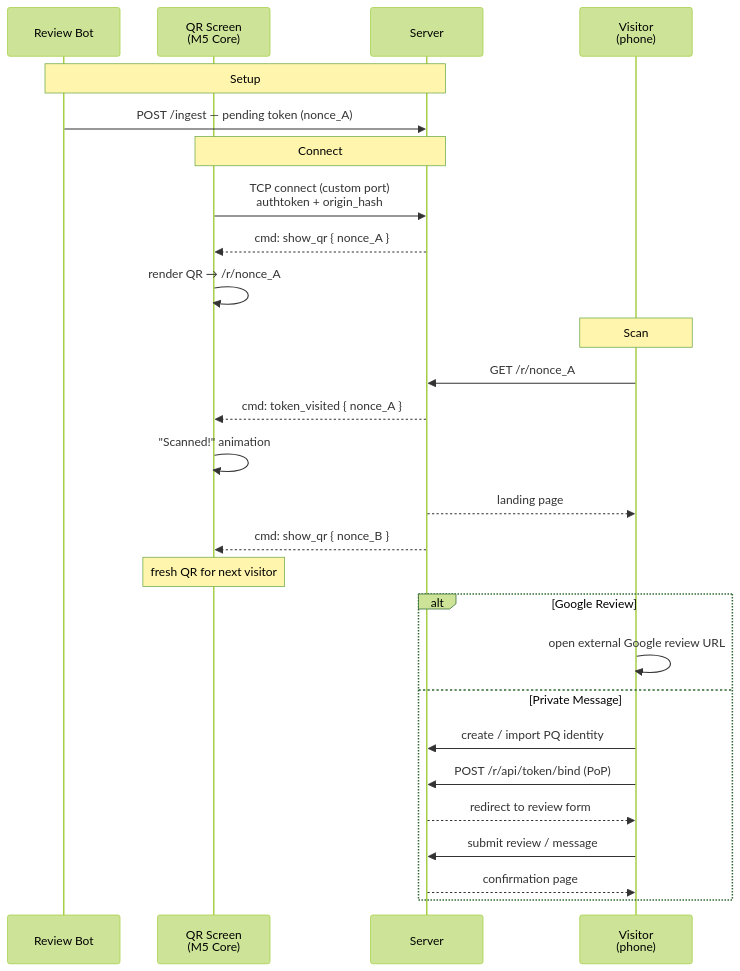
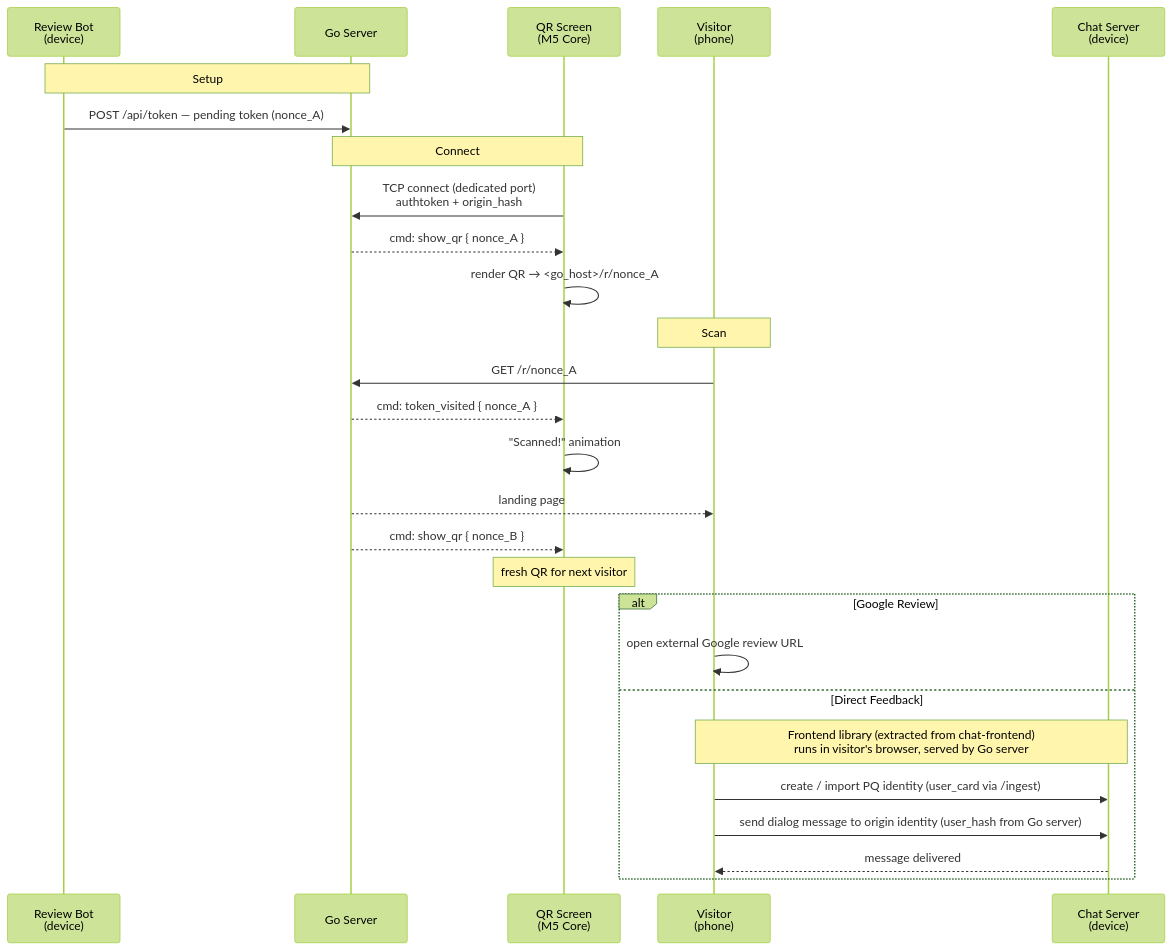
The diagram in docs/pq/reqs/reviews/pq_review_mvp_qr_flow.proposed.md (Buckitup-chat/chat), drawn with Mermaid (forest theme) before and after one commit. The commit also changed other lines of this file, not shown here.

Commit message:
reviews mvp: use go_server

````diff
--- a/docs/pq/reqs/reviews/pq_review_mvp_qr_flow.proposed.md
+++ b/docs/pq/reqs/reviews/pq_review_mvp_qr_flow.proposed.md
@@ -24,33 +27,33 @@
 ```mermaid
 sequenceDiagram
-    participant Bot as Review Bot
+    participant Bot as Review Bot<br/>(device)
+    participant Go as Go Server
     participant M5 as QR Screen<br/>(M5 Core)
-    participant Srv as Server
     participant V as Visitor<br/>(phone)
+    participant Chat as Chat Server<br/>(device)
 
-    Note over Bot,Srv: Setup
-    Bot->>Srv: POST /ingest — pending token (nonce_A)
+    Note over Bot,Go: Setup
+    Bot->>Go: POST /api/token — pending token (nonce_A)
 
-    Note over M5,Srv: Connect
-    M5->>Srv: TCP connect (custom port)<br/>authtoken + origin_hash
-    Srv-->>M5: cmd: show_qr { nonce_A }
-    M5->>M5: render QR → /r/nonce_A
+    Note over M5,Go: Connect
+    M5->>Go: TCP connect (dedicated port)<br/>authtoken + origin_hash
+    Go-->>M5: cmd: show_qr { nonce_A }
+    M5->>M5: render QR → <go_host>/r/nonce_A
 
     Note over V: Scan
-    V->>Srv: GET /r/nonce_A
-    Srv-->>M5: cmd: token_visited { nonce_A }
+    V->>Go: GET /r/nonce_A
+    Go-->>M5: cmd: token_visited { nonce_A }
     M5->>M5: "Scanned!" animation
-    Srv-->>V: landing page
-    Srv-->>M5: cmd: show_qr { nonce_B }
+    Go-->>V: landing page
+    Go-->>M5: cmd: show_qr { nonce_B }
     Note over M5: fresh QR for next visitor
 
     alt Google Review
         V->>V: open external Google review URL
-    else Private Message
-        V->>Srv: create / import PQ identity
-        V->>Srv: POST /r/api/token/bind (PoP)
-        Srv-->>V: redirect to review form
-        V->>Srv: submit review / message
-        Srv-->>V: confirmation page
+    else Direct Feedback
+        Note over V,Chat: Frontend library (extracted from chat-frontend)<br/>runs in visitor's browser, served by Go server
+        V->>Chat: create / import PQ identity (user_card via /ingest)
+        V->>Chat: send dialog message to origin identity (user_hash from Go server)
+        Chat-->>V: message delivered
     end
 ```
````
